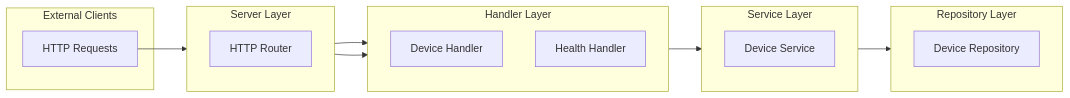
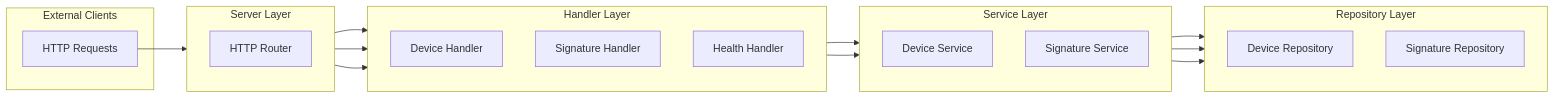
One commit to AloveIs/signing-device-service-go changed the diagram in README.md. Above: the diagram before and after it, drawn with Mermaid. The commit also changed other lines of this file and 2 other files, not shown here.

Commit message:
Update documentation  - Add api examples  - Add description of signature service

````diff
--- a/README.md
+++ b/README.md
@@ -99,44 +230,51 @@
 ```mermaid
 flowchart LR
     subgraph Client["External Clients"]
         HTTP["HTTP Requests"]
     end
 
     subgraph Server["Server Layer"]
         Router["HTTP Router"]
         direction TB
     end
 
     subgraph Handlers["Handler Layer"]
         DeviceHandler["Device Handler"]
+        SignatureHandler["Signature Handler"]
         HealthHandler["Health Handler"]
         direction TB
     end
 
     subgraph Service["Service Layer"]
         DeviceService["Device Service"]
+        SignatureService["Signature Service"]
         direction TB
     end
 
     subgraph Repository["Repository Layer"]
         DeviceRepo["Device Repository"]
+        SignatureRepo["Signature Repository"]
         direction TB
     end
 
     %% External connections
     HTTP --> Router
 
     %% Server layer connections
     Router --> DeviceHandler
+    Router --> SignatureHandler
     Router --> HealthHandler
 
     %% Handler to Service connections
     DeviceHandler --> DeviceService
+    SignatureHandler --> SignatureService
 
     %% Service to Repository connections
     DeviceService --> DeviceRepo
+    DeviceService --> SignatureRepo
+    SignatureService --> SignatureRepo
 
     
     class Server,Handlers,Service,Repository layer
     class Router,DeviceHandler,HealthHandler,DeviceService,SigningService,DeviceRepo component
 ```
````
